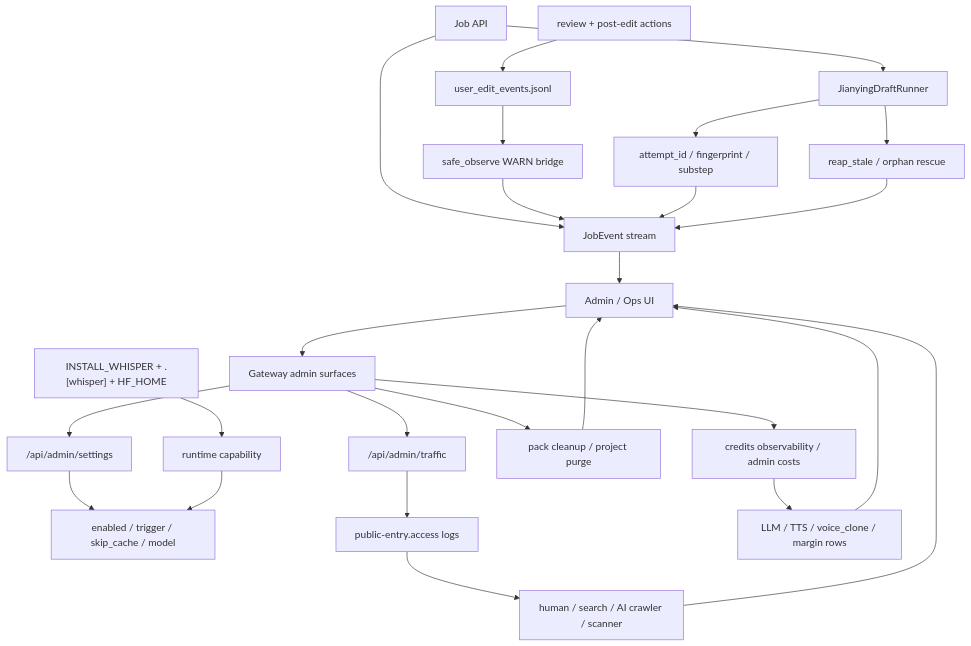
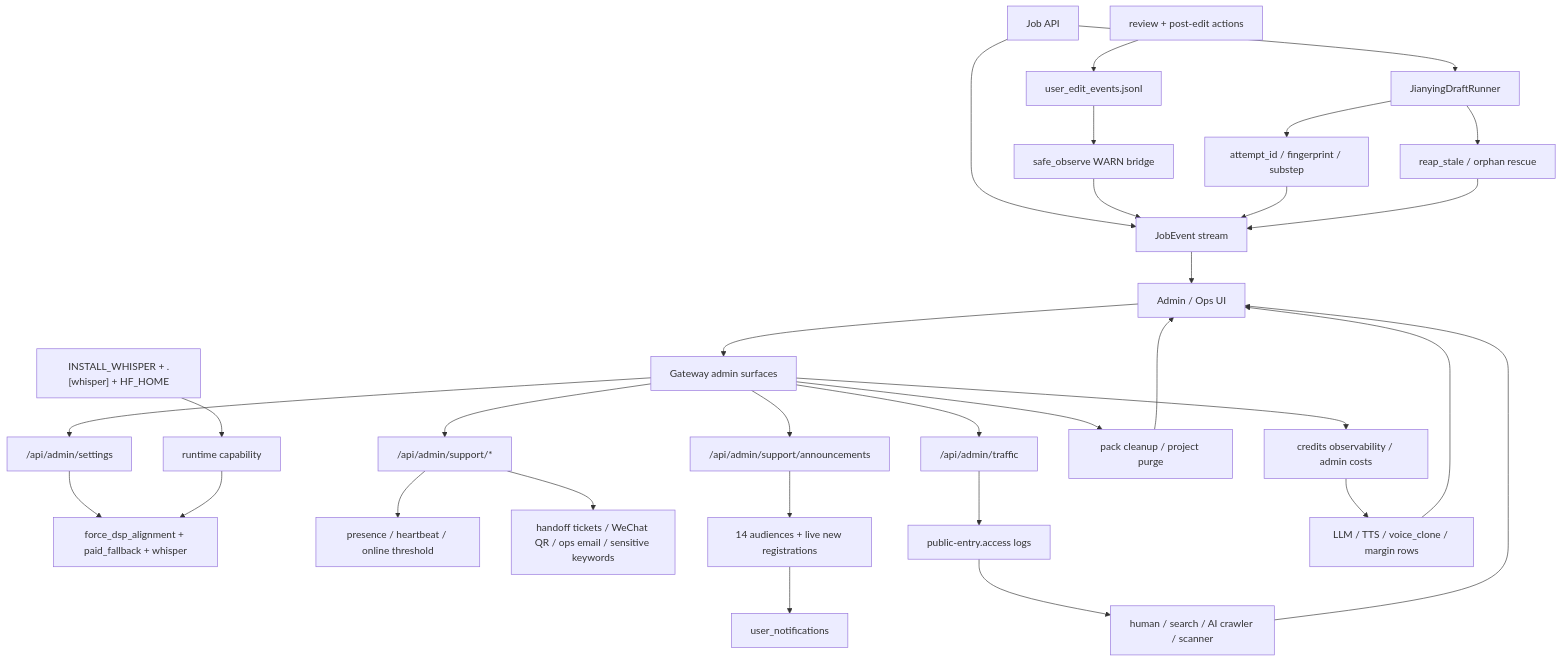
The diagram in docs/graphs/GITNEXUS_ADMIN_OPS_CALIBRATION_GRAPH.md (sun9bear/AITransVideo), drawn with Mermaid before and after one commit. The commit also changed other lines of this file and 9 other files, not shown here.

Commit message:
docs(graphs): refresh GitNexus graphs to 78eea96

````diff
--- a/docs/graphs/GITNEXUS_ADMIN_OPS_CALIBRATION_GRAPH.md
+++ b/docs/graphs/GITNEXUS_ADMIN_OPS_CALIBRATION_GRAPH.md
@@ -18,33 +18,40 @@
 ```mermaid
 graph TD
     AdminUI["Admin / Ops UI"] --> Gateway["Gateway admin surfaces"]
     Gateway --> Settings["/api/admin/settings"]
+    Gateway --> SupportAdmin["/api/admin/support/*"]
+    Gateway --> Announcements["/api/admin/support/announcements"]
     Gateway --> Traffic["/api/admin/traffic"]
     Gateway --> Credits["credits observability / admin costs"]
     Gateway --> Cleanup["pack cleanup / project purge"]
 
-    Settings --> WhisperPolicy["enabled / trigger / skip_cache / model"]
+    Settings --> AlignPolicy["force_dsp_alignment + paid_fallback + whisper"]
     OpsEnv["INSTALL_WHISPER + .[whisper] + HF_HOME"] --> WhisperCap["runtime capability"]
-    WhisperCap --> WhisperPolicy
+    WhisperCap --> AlignPolicy
+
+    SupportAdmin --> Presence["presence / heartbeat / online threshold"]
+    SupportAdmin --> Handoff["handoff tickets / WeChat QR / ops email / sensitive keywords"]
+    Announcements --> Audience["14 audiences + live new registrations"]
+    Audience --> UserNotif["user_notifications"]
 
     Traffic --> CaddyLogs["public-entry.access logs"]
     CaddyLogs --> Categories["human / search / AI crawler / scanner"]
 
     Credits --> CostRows["LLM / TTS / voice_clone / margin rows"]
 
     JobApi["Job API"] --> JobEvents["JobEvent stream"]
     JobApi --> JRunner["JianyingDraftRunner"]
     JRunner --> RunnerState["attempt_id / fingerprint / substep"]
     JRunner --> Rescue["reap_stale / orphan rescue"]
 
     ReviewEdit["review + post-edit actions"] --> UserEditAudit["user_edit_events.jsonl"]
     UserEditAudit --> WarnBridge["safe_observe WARN bridge"]
     WarnBridge --> JobEvents
 
     RunnerState --> JobEvents
     Rescue --> JobEvents
     Categories --> AdminUI
     CostRows --> AdminUI
     Cleanup --> AdminUI
     JobEvents --> AdminUI
 ```
````
